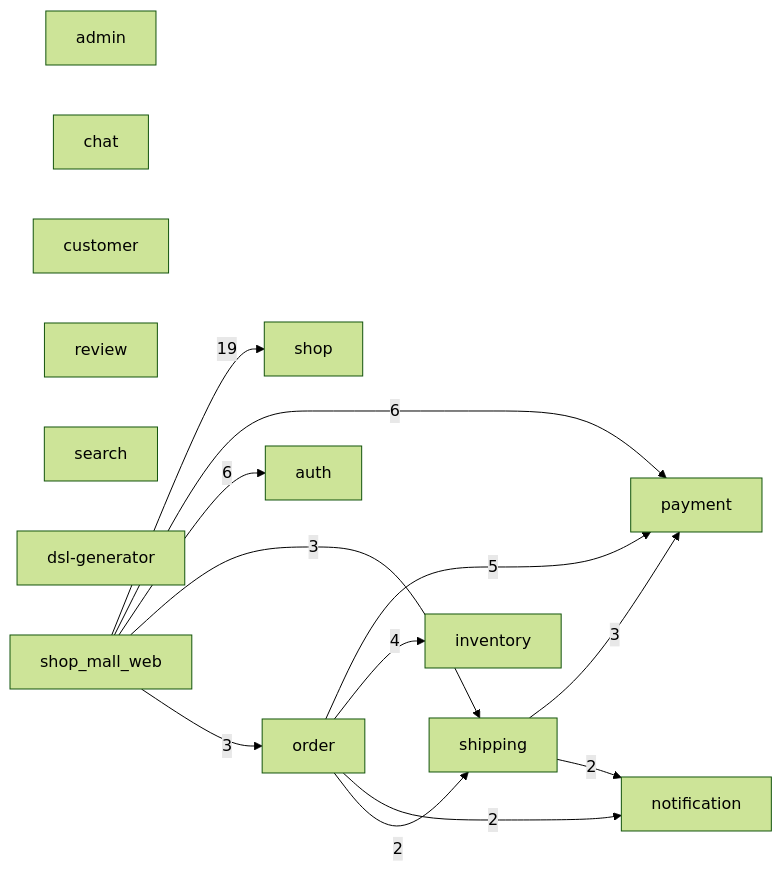
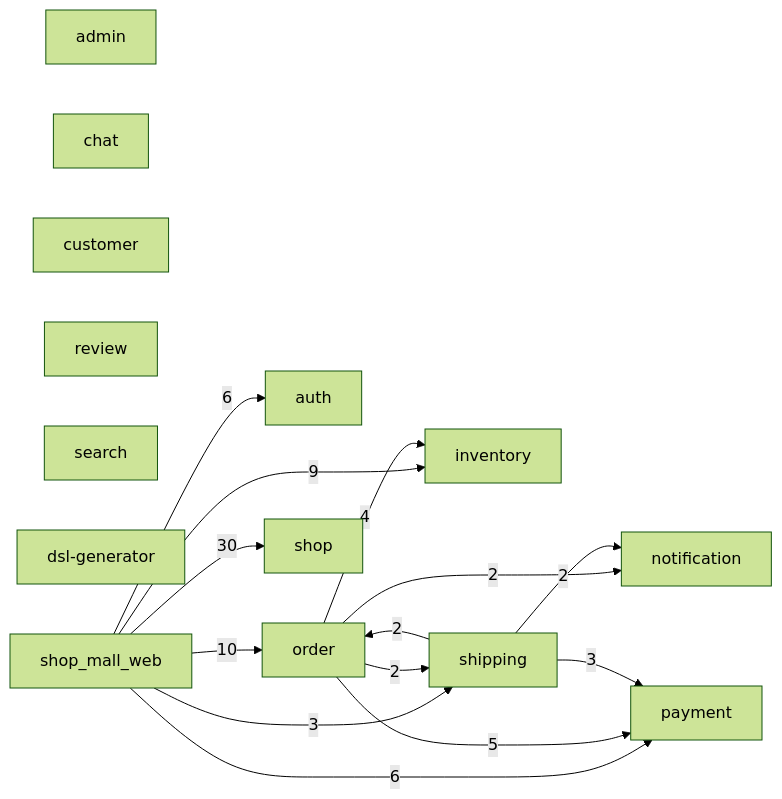
One commit to makoto-developer/go_microservice_example changed the diagram in ARCHITECTURE.md. Above: the diagram before and after it, drawn with Mermaid (forest theme). The commit also changed other lines of this file and 10 other files, not shown here.

````diff
--- a/ARCHITECTURE.md
+++ b/ARCHITECTURE.md
@@ -10,28 +10,30 @@
 ```mermaid
 graph LR
   s0["admin"]
   s1["auth"]
   s2["chat"]
   s3["customer"]
   s4["inventory"]
   s5["notification"]
   s6["order"]
   s7["payment"]
   s8["review"]
   s9["search"]
   s10["shipping"]
   s11["shop"]
   s12["dsl-generator"]
   s13["shop_mall_web"]
-  s13 -->|"19"| s11
+  s13 -->|"30"| s11
+  s13 -->|"10"| s6
+  s13 -->|"9"| s4
   s13 -->|"6"| s7
   s13 -->|"6"| s1
   s6 -->|"5"| s7
   s6 -->|"4"| s4
   s10 -->|"3"| s7
   s13 -->|"3"| s10
-  s13 -->|"3"| s6
   s6 -->|"2"| s5
   s6 -->|"2"| s10
   s10 -->|"2"| s5
+  s10 -->|"2"| s6
 ```
````
